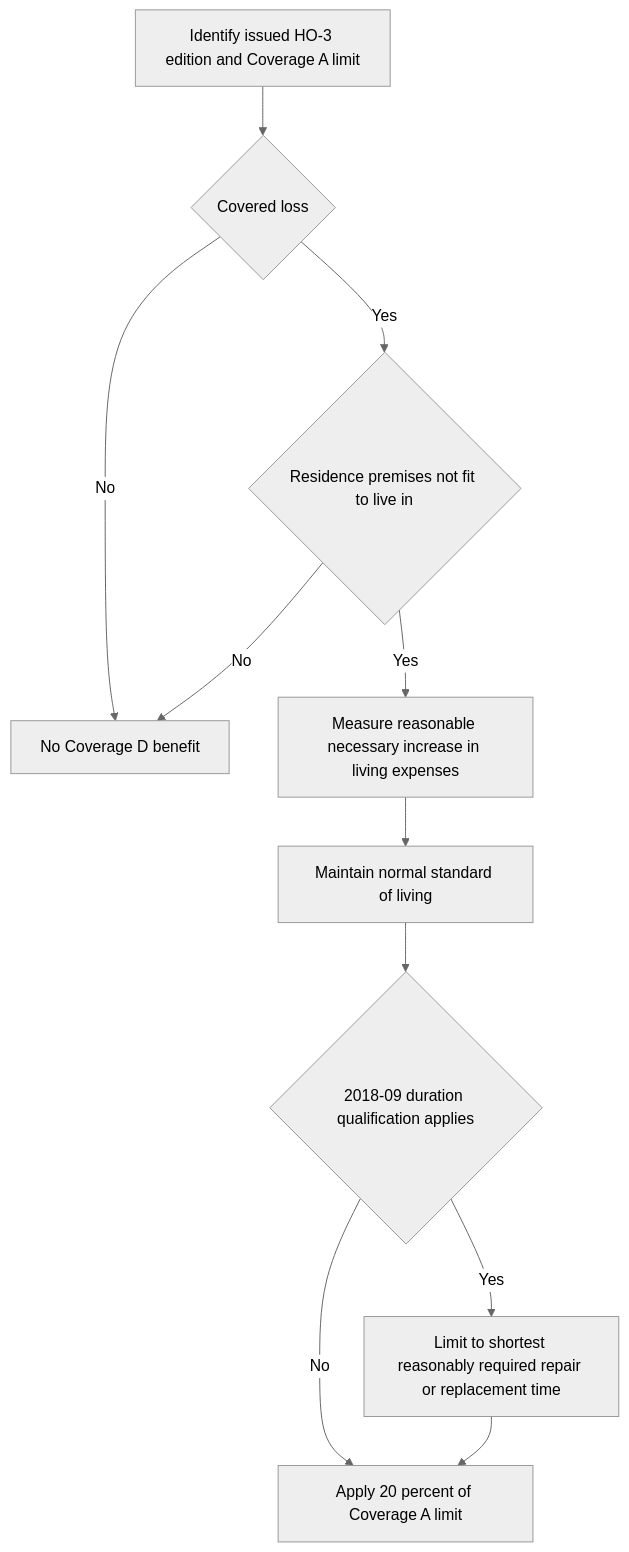
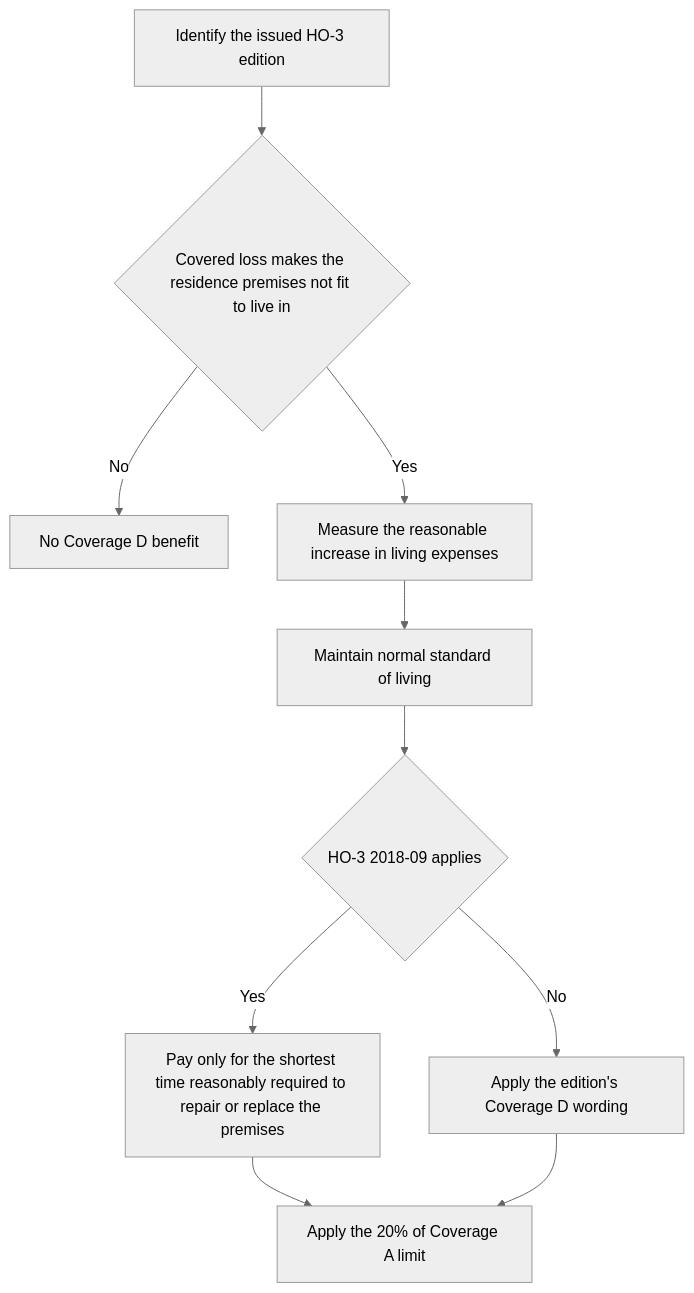
The diagram in openwiki/coverage/coverage-d/loss-of-use.md (eugeneliu-86/openwiki-insurance-corpus), drawn with Mermaid (neutral theme) before and after one commit. The commit also changed other lines of this file and 59 other files, not shown here.

````diff
--- a/openwiki/coverage/coverage-d/loss-of-use.md
+++ b/openwiki/coverage/coverage-d/loss-of-use.md
@@ -32,13 +25,12 @@
 ```mermaid
 flowchart TD
-    Form["Identify issued HO-3 edition and Coverage A limit"] --> Loss{"Covered loss"}
-    Loss -- No --> NoCoverage["No Coverage D benefit"]
-    Loss -- Yes --> Fit{"Residence premises not fit to live in"}
-    Fit -- No --> NoCoverage
-    Fit -- Yes --> Increase["Measure reasonable necessary increase in living expenses"]
-    Increase --> Standard["Maintain normal standard of living"]
-    Standard --> Term{"2018-09 duration qualification applies"}
-    Term -- Yes --> Time["Limit to shortest reasonably required repair or replacement time"]
-    Term -- No --> Cap["Apply 20 percent of Coverage A limit"]
-    Time --> Cap
+    A["Identify the issued HO-3 edition"] --> B{"Covered loss makes the residence premises not fit to live in"}
+    B -- No --> C["No Coverage D benefit"]
+    B -- Yes --> D["Measure the reasonable increase in living expenses"]
+    D --> E["Maintain normal standard of living"]
+    E --> F{"HO-3 2018-09 applies"}
+    F -- Yes --> G["Pay only for the shortest time reasonably required to repair or replace the premises"]
+    F -- No --> H["Apply the edition's Coverage D wording"]
+    G --> I["Apply the 20% of Coverage A limit"]
+    H --> I
 ```
````
